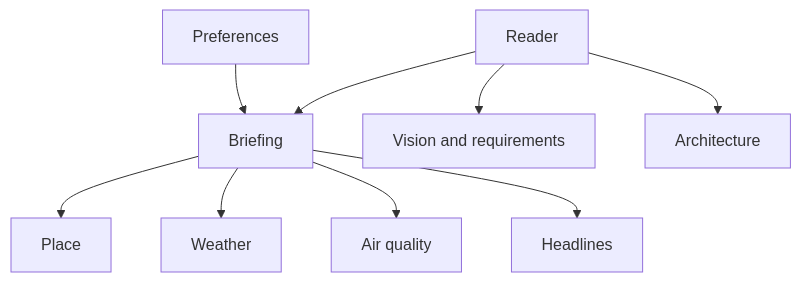
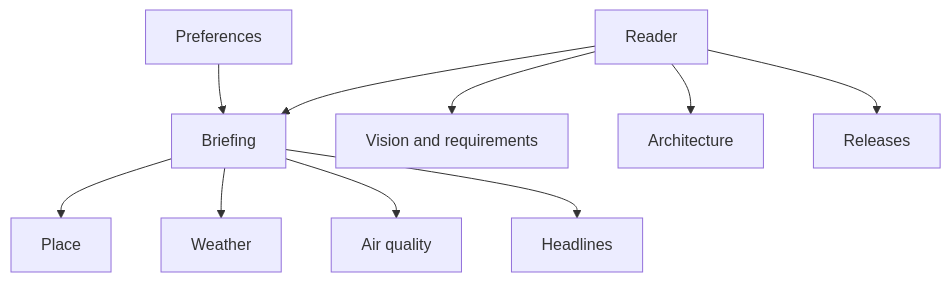
Before and after one commit to jmaret/daily-briefing: the first of 3 diagrams in docs/architecture.md, drawn with Mermaid. The commit also changed other lines of this file and 7 other files, not shown here.

Commit message:
Open vision, architecture, and releases from the sidebar, so the briefing stays on weather and headlines.

````diff
--- a/docs/architecture.md
+++ b/docs/architecture.md
@@ -7,12 +7,13 @@
 ```mermaid
 flowchart TD
   reader[Reader]
   reader --> briefing[Briefing]
   reader --> vision[Vision and requirements]
   reader --> architecture[Architecture]
+  reader --> releases[Releases]
   briefing --> place[Place]
   briefing --> weather[Weather]
   briefing --> air[Air quality]
   briefing --> headlines[Headlines]
   prefs[Preferences] --> briefing
 ```
````
